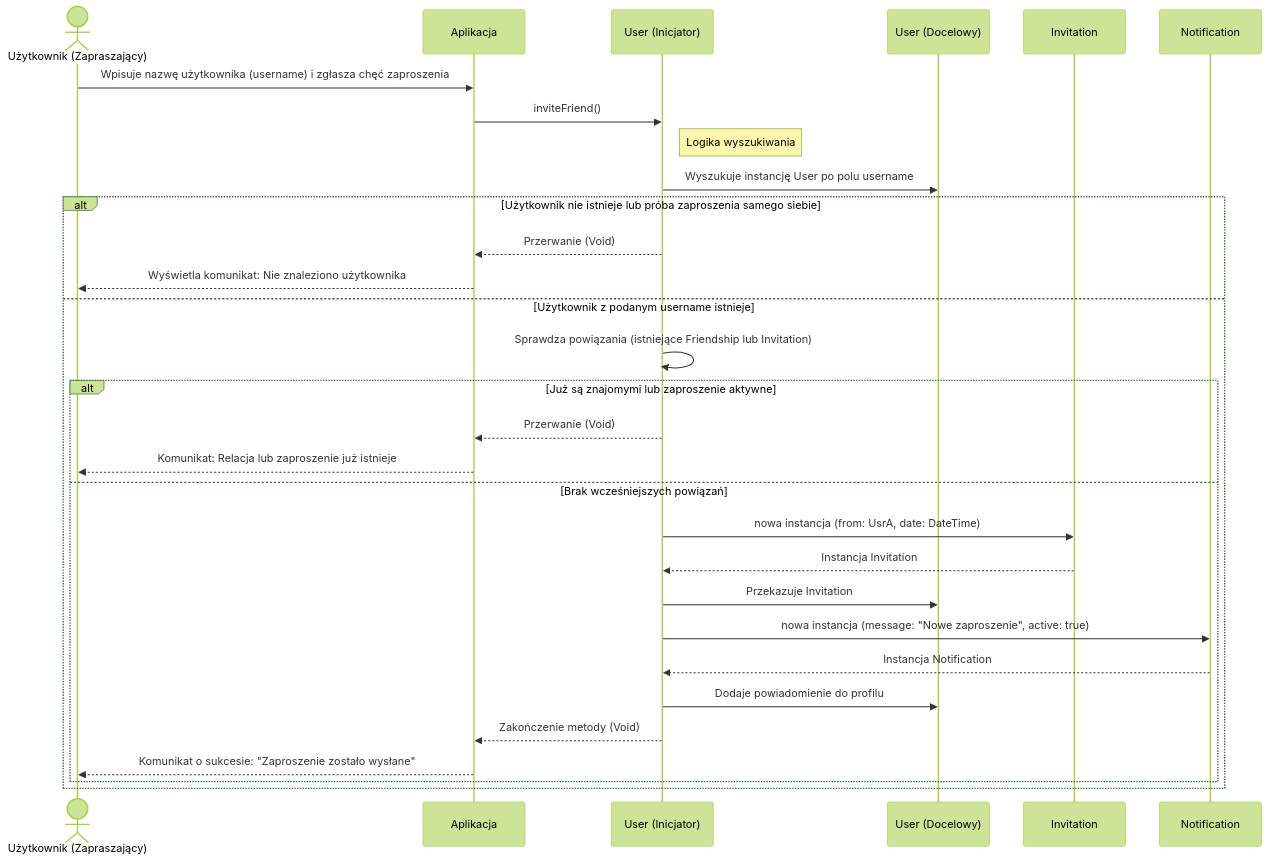
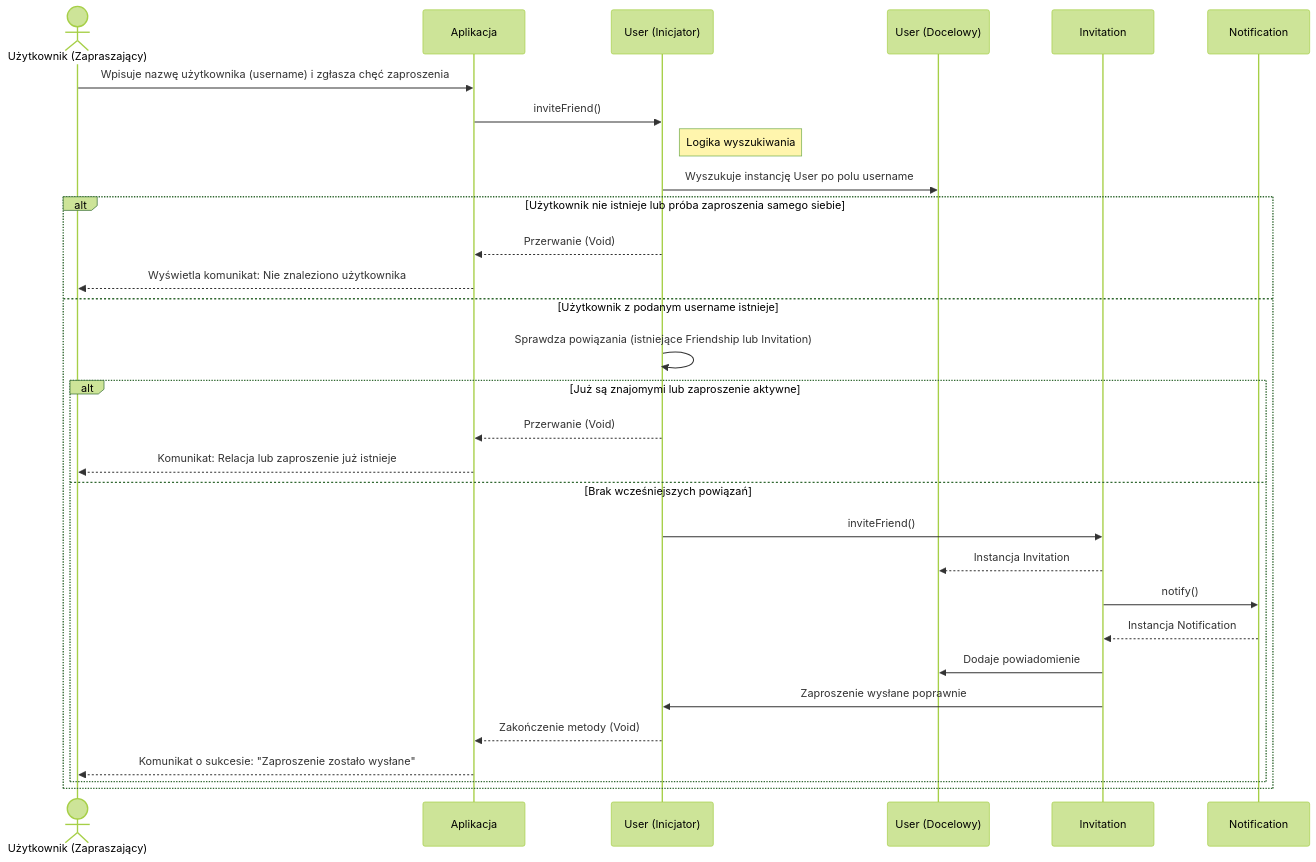
One commit to Tarnuchy/EggJob changed the diagram in docs/zadanie4/diagram-sekwencji-zaproszenie-do-znajomych.md. Above: the diagram before and after it, drawn with Mermaid (forest theme). The commit also changed 1 other file, not shown here.

````diff
--- a/docs/zadanie4/diagram-sekwencji-zaproszenie-do-znajomych.md
+++ b/docs/zadanie4/diagram-sekwencji-zaproszenie-do-znajomych.md
@@ -3,40 +3,39 @@
 ```mermaid
 sequenceDiagram
     actor UA as Użytkownik (Zapraszający)
     participant UI as Aplikacja
     participant UsrA as User (Inicjator)
     participant UsrB as User (Docelowy)
     participant Inv as Invitation
     participant Notif as Notification
 
     UA->>UI: Wpisuje nazwę użytkownika (username) i zgłasza chęć zaproszenia
     UI->>UsrA: inviteFriend()
 
     note right of UsrA: Logika wyszukiwania
     UsrA->>UsrB: Wyszukuje instancję User po polu username
     
     alt Użytkownik nie istnieje lub próba zaproszenia samego siebie
         UsrA-->>UI: Przerwanie (Void)
         UI-->>UA: Wyświetla komunikat: Nie znaleziono użytkownika
     else Użytkownik z podanym username istnieje
         UsrA->>UsrA: Sprawdza powiązania (istniejące Friendship lub Invitation)
         
         alt Już są znajomymi lub zaproszenie aktywne
             UsrA-->>UI: Przerwanie (Void)
             UI-->>UA: Komunikat: Relacja lub zaproszenie już istnieje
         else Brak wcześniejszych powiązań
-            UsrA->>Inv: nowa instancja (from: UsrA, date: DateTime)
-            Inv-->>UsrA: Instancja Invitation
-            
-            UsrA->>UsrB: Przekazuje Invitation
-            
-            UsrA->>Notif: nowa instancja (message: "Nowe zaproszenie", active: true)
-            Notif-->>UsrA: Instancja Notification
-            
-            UsrA->>UsrB: Dodaje powiadomienie do profilu
+            UsrA->>Inv: inviteFriend()
+            Inv-->>UsrB: Instancja Invitation
+
+            Inv ->> Notif: notify()
+            Notif -->> Inv: Instancja Notification
+            Inv ->> UsrB: Dodaje powiadomienie
+
+            Inv ->> UsrA: Zaproszenie wysłane poprawnie
             
             UsrA-->>UI: Zakończenie metody (Void)
             UI-->>UA: Komunikat o sukcesie: "Zaproszenie zostało wysłane"
         end
     end
 ```
````
